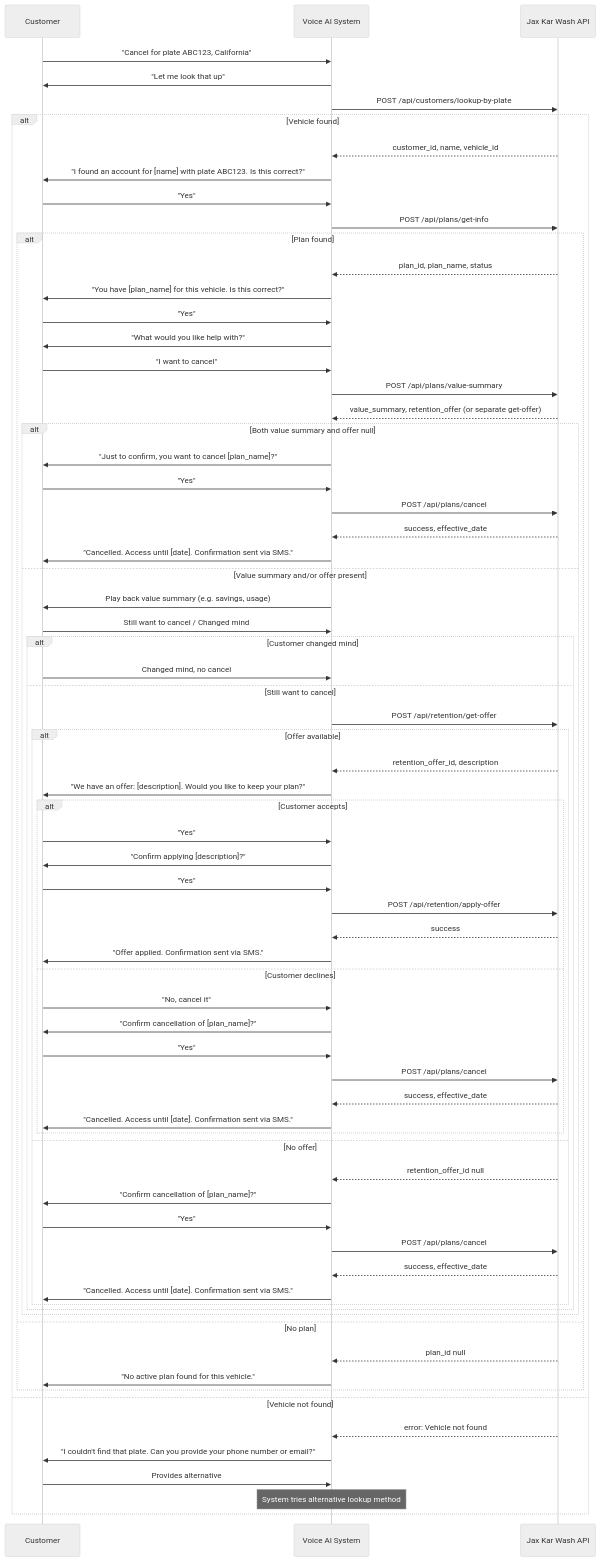
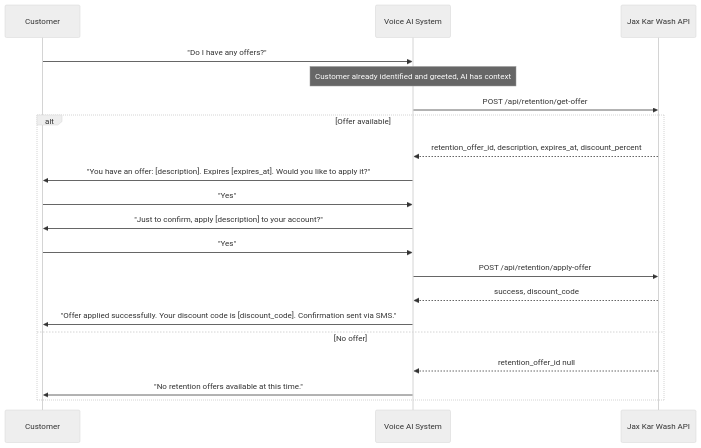
Before and after one commit to HelloWash/Public: the tenth of 13 diagrams in Jax-Kar-Wash-API-Integration–Discussion-Document.md, drawn with Mermaid (neutral theme). The commit also changed other lines of this file, not shown here.

````diff
--- a/Jax-Kar-Wash-API-Integration–Discussion-Document.md
+++ b/Jax-Kar-Wash-API-Integration–Discussion-Document.md
@@ -944,74 +779,23 @@
 ```mermaid
 sequenceDiagram
     participant Customer
     participant System as Voice AI System
     participant API as Jax Kar Wash API
 
-    Customer->>System: "Cancel for plate ABC123, California"
-    System->>Customer: "Let me look that up"
-    System->>API: POST /api/customers/lookup-by-plate
-    alt Vehicle found
-        API-->>System: customer_id, name, vehicle_id
-        System->>Customer: "I found an account for [name] with plate ABC123. Is this correct?"
+    Customer->>System: "Do I have any offers?"
+    Note over System: Customer already identified and greeted, AI has context
+    System->>API: POST /api/retention/get-offer
+    alt Offer available
+        API-->>System: retention_offer_id, description, expires_at, discount_percent
+        System->>Customer: "You have an offer: [description]. Expires [expires_at]. Would you like to apply it?"
         Customer->>System: "Yes"
-        System->>API: POST /api/plans/get-info
-        alt Plan found
-            API-->>System: plan_id, plan_name, status
-            System->>Customer: "You have [plan_name] for this vehicle. Is this correct?"
-            Customer->>System: "Yes"
-            System->>Customer: "What would you like help with?"
-            Customer->>System: "I want to cancel"
-            System->>API: POST /api/plans/value-summary
-            API-->>System: value_summary, retention_offer (or separate get-offer)
-            alt Both value summary and offer null
-                System->>Customer: "Just to confirm, you want to cancel [plan_name]?"
-                Customer->>System: "Yes"
-                System->>API: POST /api/plans/cancel
-                API-->>System: success, effective_date
-                System->>Customer: "Cancelled. Access until [date]. Confirmation sent via SMS."
-            else Value summary and/or offer present
-                System->>Customer: Play back value summary (e.g. savings, usage)
-                Customer->>System: Still want to cancel / Changed mind
-                alt Customer changed mind
-                    Customer->>System: Changed mind, no cancel
-                else Still want to cancel
-                    System->>API: POST /api/retention/get-offer
-                    alt Offer available
-                        API-->>System: retention_offer_id, description
-                        System->>Customer: "We have an offer: [description]. Would you like to keep your plan?"
-                        alt Customer accepts
-                            Customer->>System: "Yes"
-                            System->>Customer: "Confirm applying [description]?"
-                            Customer->>System: "Yes"
-                            System->>API: POST /api/retention/apply-offer
-                            API-->>System: success
-                            System->>Customer: "Offer applied. Confirmation sent via SMS."
-                        else Customer declines
-                            Customer->>System: "No, cancel it"
-                            System->>Customer: "Confirm cancellation of [plan_name]?"
-                            Customer->>System: "Yes"
-                            System->>API: POST /api/plans/cancel
-                            API-->>System: success, effective_date
-                            System->>Customer: "Cancelled. Access until [date]. Confirmation sent via SMS."
-                        end
-                    else No offer
-                        API-->>System: retention_offer_id null
-                        System->>Customer: "Confirm cancellation of [plan_name]?"
-                        Customer->>System: "Yes"
-                        System->>API: POST /api/plans/cancel
-                        API-->>System: success, effective_date
-                        System->>Customer: "Cancelled. Access until [date]. Confirmation sent via SMS."
-                    end
-                end
-            end
-        else No plan
-            API-->>System: plan_id null
-            System->>Customer: "No active plan found for this vehicle."
-        end
-    else Vehicle not found
-        API-->>System: error: Vehicle not found
-        System->>Customer: "I couldn't find that plate. Can you provide your phone number or email?"
-        Customer->>System: Provides alternative
-        Note over System: System tries alternative lookup method
+        System->>Customer: "Just to confirm, apply [description] to your account?"
+        Customer->>System: "Yes"
+        System->>API: POST /api/retention/apply-offer
+        API-->>System: success, discount_code
+        System->>Customer: "Offer applied successfully. Your discount code is [discount_code]. Confirmation sent via SMS."
+    else No offer
+        API-->>System: retention_offer_id null
+        System->>Customer: "No retention offers available at this time."
     end
 ```
````
